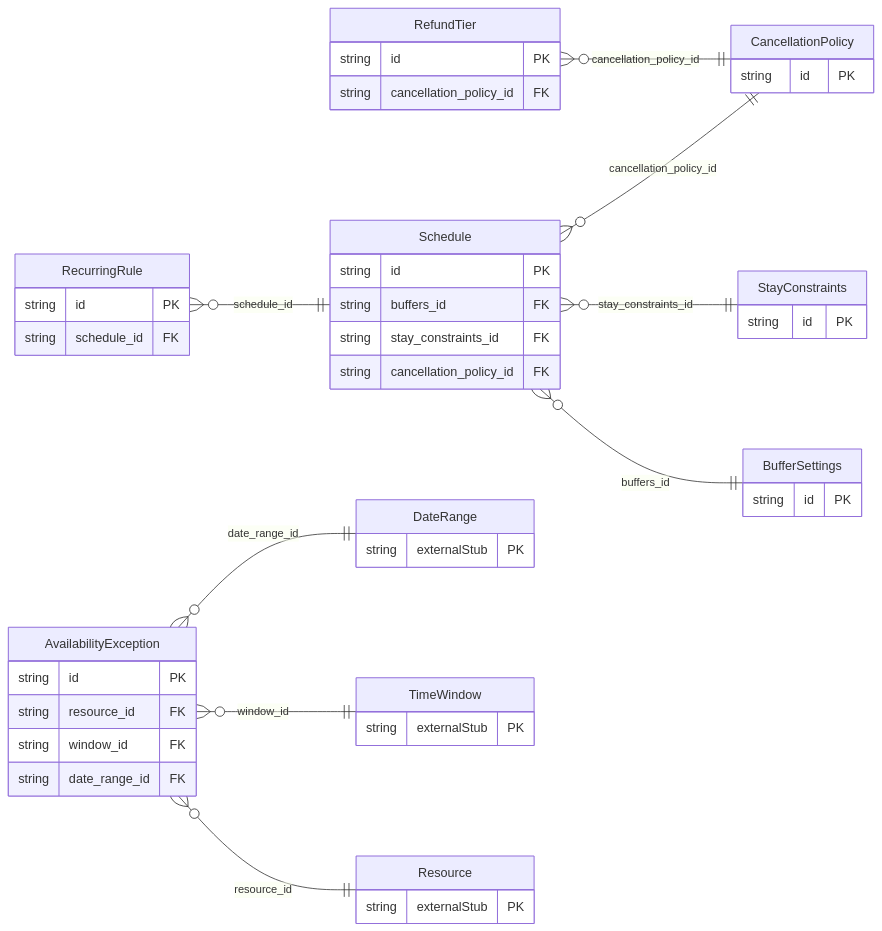
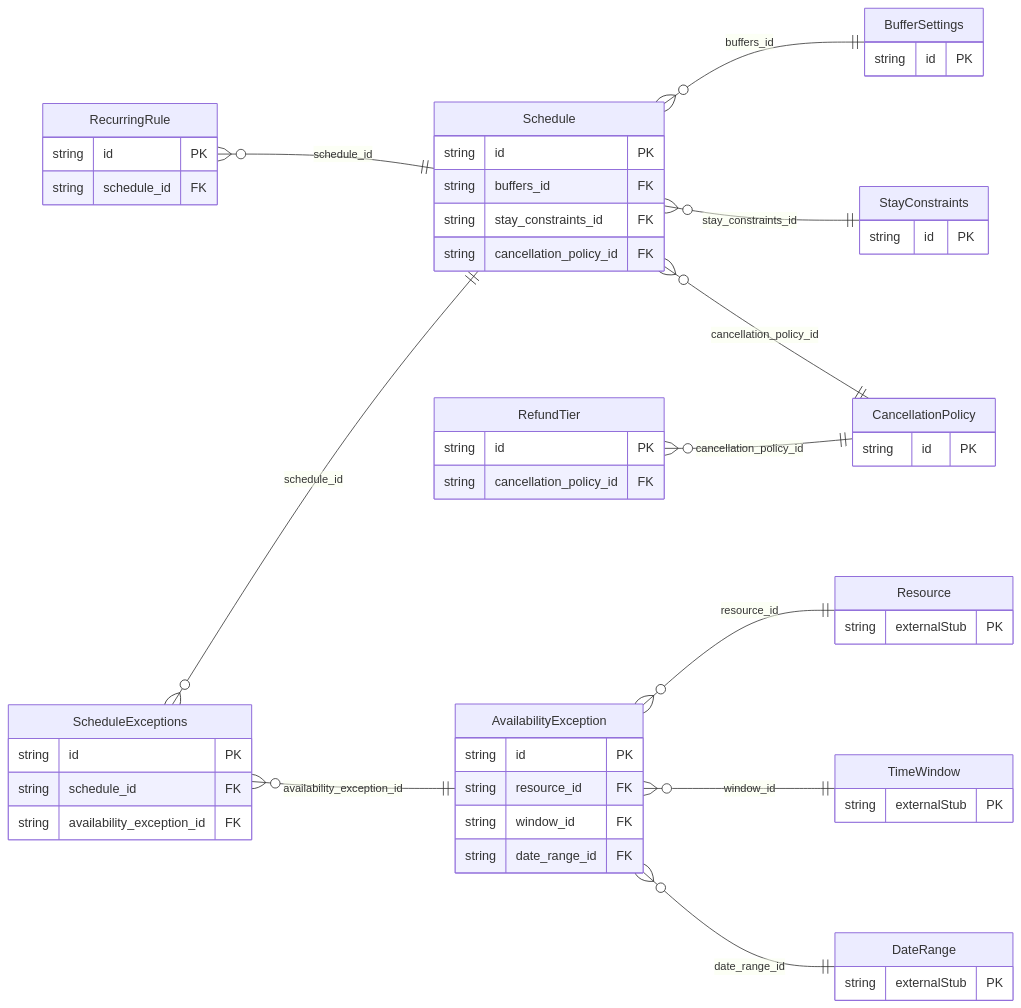
The diagram in protobuf/generated/prisma/freebusy/schedule/README.md (oh-tarnished/freebusy), drawn with Mermaid before and after one commit. The commit also changed other lines of this file and 22 other files, not shown here.

````diff
--- a/protobuf/generated/prisma/freebusy/schedule/README.md
+++ b/protobuf/generated/prisma/freebusy/schedule/README.md
@@ -13,50 +13,57 @@
 ```mermaid
 erDiagram
     direction LR
     AvailabilityException {
         string id PK
         string resource_id FK
         string window_id FK
         string date_range_id FK
     }
     BufferSettings {
         string id PK
     }
     CancellationPolicy {
         string id PK
     }
     RecurringRule {
         string id PK
         string schedule_id FK
     }
     RefundTier {
         string id PK
         string cancellation_policy_id FK
     }
     Schedule {
         string id PK
         string buffers_id FK
         string stay_constraints_id FK
         string cancellation_policy_id FK
     }
+    ScheduleExceptions {
+        string id PK
+        string schedule_id FK
+        string availability_exception_id FK
+    }
     StayConstraints {
         string id PK
     }
     DateRange {
         string externalStub PK
     }
     Resource {
         string externalStub PK
     }
     TimeWindow {
         string externalStub PK
     }
     AvailabilityException }o--|| Resource : "resource_id"
     AvailabilityException }o--|| TimeWindow : "window_id"
     AvailabilityException }o--|| DateRange : "date_range_id"
     RecurringRule }o--|| Schedule : "schedule_id"
     RefundTier }o--|| CancellationPolicy : "cancellation_policy_id"
     Schedule }o--|| BufferSettings : "buffers_id"
     Schedule }o--|| StayConstraints : "stay_constraints_id"
     Schedule }o--|| CancellationPolicy : "cancellation_policy_id"
+    ScheduleExceptions }o--|| Schedule : "schedule_id"
+    ScheduleExceptions }o--|| AvailabilityException : "availability_exception_id"
 ```
````
